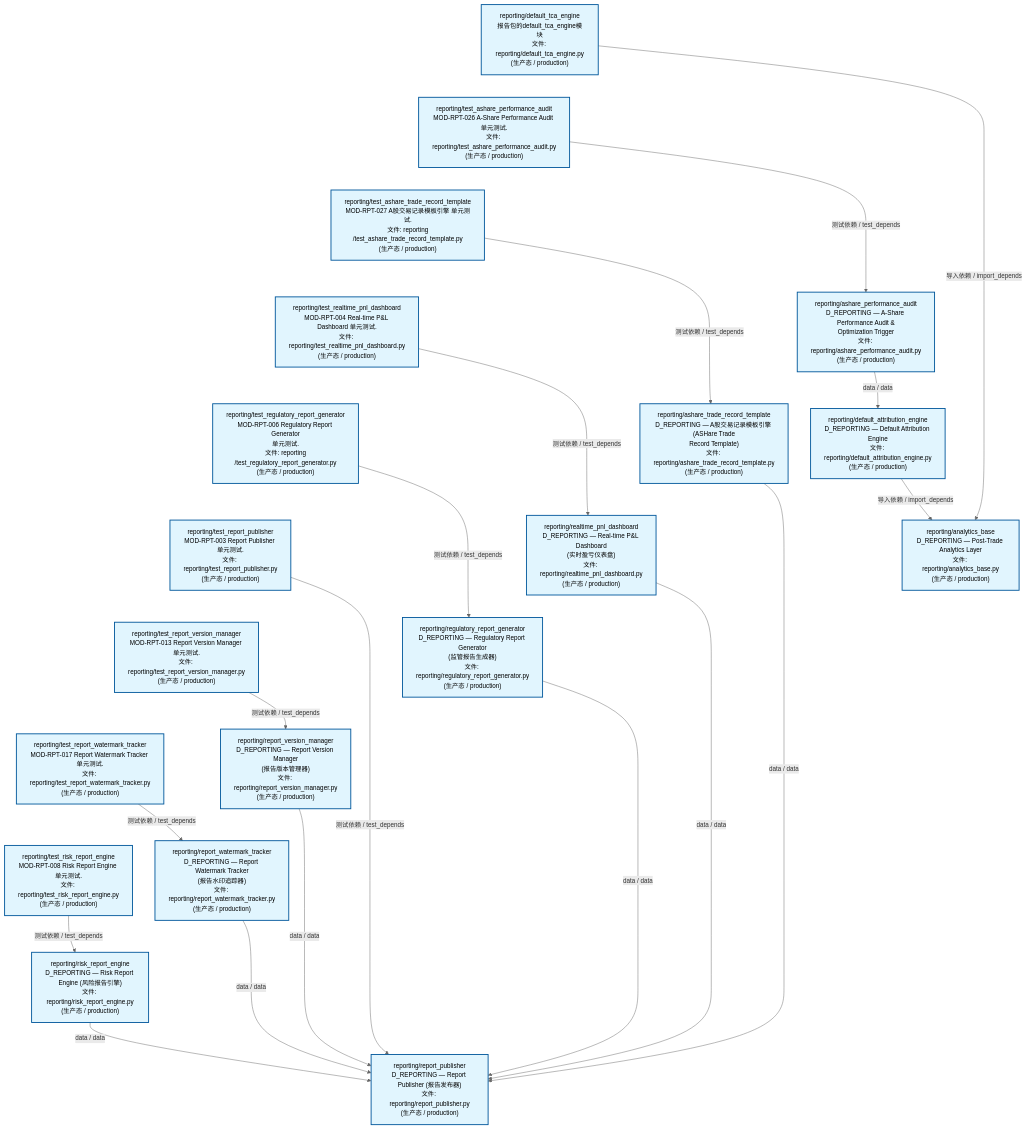
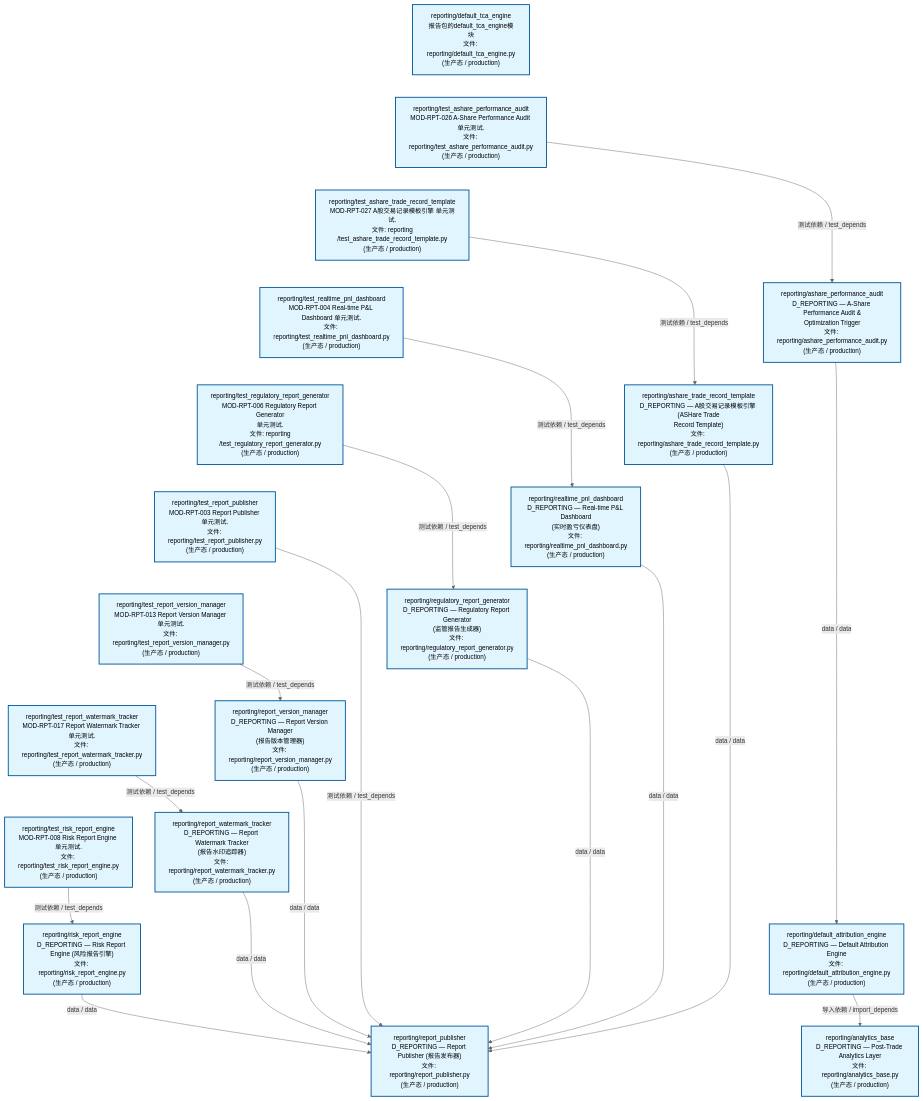
Before and after one commit to xuanFelixVan/ZephyrAlpha: the second of 4 diagrams in docs/02_enterprise_architecture/02_domain_architecture_docs/26_d_reporting.md, drawn with Mermaid. The commit also changed other lines of this file and 45 other files, not shown here.

````diff
--- a/docs/02_enterprise_architecture/02_domain_architecture_docs/26_d_reporting.md
+++ b/docs/02_enterprise_architecture/02_domain_architecture_docs/26_d_reporting.md
@@ -149,60 +148,59 @@
 ```mermaid
 %%{init: {'theme': 'base', 'themeVariables': {'primaryColor': '#eaeaea', 'primaryTextColor': '#333333', 'primaryBorderColor': '#666666', 'lineColor': '#666666', 'secondaryColor': '#eaeaea', 'tertiaryColor': '#eaeaea', 'fontSize': '14px'}}}%%
 flowchart TD
     src_zephyr_reporting_default_tca_engine_py["reporting/default_tca_engine<br/>报告包的default_tca_engine模块<br/>文件: reporting/default_tca_engine.py<br/>(生产态 / production)"]
     tests_reporting_test_ashare_performance_audit_py["reporting/test_ashare_performance_audit<br/>MOD-RPT-026 A-Share Performance Audit 单元测试.<br/>文件: reporting/test_ashare_performance_audit.py<br/>(生产态 / production)"]
     tests_reporting_test_ashare_trade_record_template_py["reporting/test_ashare_trade_record_template<br/>MOD-RPT-027 A股交易记录模板引擎 单元测试.<br/>文件: reporting<br/>/test_ashare_trade_record_template.py<br/>(生产态 / production)"]
     tests_reporting_test_realtime_pnl_dashboard_py["reporting/test_realtime_pnl_dashboard<br/>MOD-RPT-004 Real-time P&L Dashboard 单元测试.<br/>文件: reporting/test_realtime_pnl_dashboard.py<br/>(生产态 / production)"]
     tests_reporting_test_regulatory_report_generator_py["reporting/test_regulatory_report_generator<br/>MOD-RPT-006 Regulatory Report Generator<br/>单元测试.<br/>文件: reporting<br/>/test_regulatory_report_generator.py<br/>(生产态 / production)"]
     tests_reporting_test_report_publisher_py["reporting/test_report_publisher<br/>MOD-RPT-003 Report Publisher 单元测试.<br/>文件: reporting/test_report_publisher.py<br/>(生产态 / production)"]
     tests_reporting_test_report_version_manager_py["reporting/test_report_version_manager<br/>MOD-RPT-013 Report Version Manager 单元测试.<br/>文件: reporting/test_report_version_manager.py<br/>(生产态 / production)"]
     tests_reporting_test_report_watermark_tracker_py["reporting/test_report_watermark_tracker<br/>MOD-RPT-017 Report Watermark Tracker 单元测试.<br/>文件: reporting/test_report_watermark_tracker.py<br/>(生产态 / production)"]
     tests_reporting_test_risk_report_engine_py["reporting/test_risk_report_engine<br/>MOD-RPT-008 Risk Report Engine 单元测试.<br/>文件: reporting/test_risk_report_engine.py<br/>(生产态 / production)"]
     src_zephyr_reporting_default_tca_engine_py ~~~ tests_reporting_test_ashare_performance_audit_py
     tests_reporting_test_ashare_performance_audit_py ~~~ tests_reporting_test_ashare_trade_record_template_py
     tests_reporting_test_ashare_trade_record_template_py ~~~ tests_reporting_test_realtime_pnl_dashboard_py
     tests_reporting_test_realtime_pnl_dashboard_py ~~~ tests_reporting_test_regulatory_report_generator_py
     tests_reporting_test_regulatory_report_generator_py ~~~ tests_reporting_test_report_publisher_py
     tests_reporting_test_report_publisher_py ~~~ tests_reporting_test_report_version_manager_py
     tests_reporting_test_report_version_manager_py ~~~ tests_reporting_test_report_watermark_tracker_py
     tests_reporting_test_report_watermark_tracker_py ~~~ tests_reporting_test_risk_report_engine_py
     src_zephyr_reporting_ashare_performance_audit_py["reporting/ashare_performance_audit<br/>D_REPORTING — A-Share Performance Audit &<br/>Optimization Trigger<br/>文件: reporting/ashare_performance_audit.py<br/>(生产态 / production)"]
     src_zephyr_reporting_ashare_trade_record_template_py["reporting/ashare_trade_record_template<br/>D_REPORTING — A股交易记录模板引擎 (ASHare Trade<br/>Record Template)<br/>文件: reporting/ashare_trade_record_template.py<br/>(生产态 / production)"]
     src_zephyr_reporting_realtime_pnl_dashboard_py["reporting/realtime_pnl_dashboard<br/>D_REPORTING — Real-time P&L Dashboard<br/>(实时盈亏仪表盘)<br/>文件: reporting/realtime_pnl_dashboard.py<br/>(生产态 / production)"]
     src_zephyr_reporting_regulatory_report_generator_py["reporting/regulatory_report_generator<br/>D_REPORTING — Regulatory Report Generator<br/>(监管报告生成器)<br/>文件: reporting/regulatory_report_generator.py<br/>(生产态 / production)"]
     src_zephyr_reporting_report_version_manager_py["reporting/report_version_manager<br/>D_REPORTING — Report Version Manager<br/>(报告版本管理器)<br/>文件: reporting/report_version_manager.py<br/>(生产态 / production)"]
     src_zephyr_reporting_report_watermark_tracker_py["reporting/report_watermark_tracker<br/>D_REPORTING — Report Watermark Tracker<br/>(报告水印追踪器)<br/>文件: reporting/report_watermark_tracker.py<br/>(生产态 / production)"]
     src_zephyr_reporting_risk_report_engine_py["reporting/risk_report_engine<br/>D_REPORTING — Risk Report Engine (风险报告引擎)<br/>文件: reporting/risk_report_engine.py<br/>(生产态 / production)"]
     src_zephyr_reporting_ashare_performance_audit_py ~~~ src_zephyr_reporting_ashare_trade_record_template_py
     src_zephyr_reporting_ashare_trade_record_template_py ~~~ src_zephyr_reporting_realtime_pnl_dashboard_py
     src_zephyr_reporting_realtime_pnl_dashboard_py ~~~ src_zephyr_reporting_regulatory_report_generator_py
     src_zephyr_reporting_regulatory_report_generator_py ~~~ src_zephyr_reporting_report_version_manager_py
     src_zephyr_reporting_report_version_manager_py ~~~ src_zephyr_reporting_report_watermark_tracker_py
     src_zephyr_reporting_report_watermark_tracker_py ~~~ src_zephyr_reporting_risk_report_engine_py
     src_zephyr_reporting_default_attribution_engine_py["reporting/default_attribution_engine<br/>D_REPORTING — Default Attribution Engine<br/>文件: reporting/default_attribution_engine.py<br/>(生产态 / production)"]
     src_zephyr_reporting_report_publisher_py["reporting/report_publisher<br/>D_REPORTING — Report Publisher (报告发布器)<br/>文件: reporting/report_publisher.py<br/>(生产态 / production)"]
     src_zephyr_reporting_default_attribution_engine_py ~~~ src_zephyr_reporting_report_publisher_py
     src_zephyr_reporting_analytics_base_py["reporting/analytics_base<br/>D_REPORTING — Post-Trade Analytics Layer<br/>文件: reporting/analytics_base.py<br/>(生产态 / production)"]
+    src_zephyr_reporting_default_attribution_engine_py -->|导入依赖 / import_depends| src_zephyr_reporting_analytics_base_py
     src_zephyr_reporting_ashare_trade_record_template_py -->|data / data| src_zephyr_reporting_report_publisher_py
     src_zephyr_reporting_ashare_performance_audit_py -->|data / data| src_zephyr_reporting_default_attribution_engine_py
-    src_zephyr_reporting_default_tca_engine_py -->|导入依赖 / import_depends| src_zephyr_reporting_analytics_base_py
-    src_zephyr_reporting_default_attribution_engine_py -->|导入依赖 / import_depends| src_zephyr_reporting_analytics_base_py
+    src_zephyr_reporting_regulatory_report_generator_py -->|data / data| src_zephyr_reporting_report_publisher_py
     src_zephyr_reporting_realtime_pnl_dashboard_py -->|data / data| src_zephyr_reporting_report_publisher_py
-    src_zephyr_reporting_regulatory_report_generator_py -->|data / data| src_zephyr_reporting_report_publisher_py
-    src_zephyr_reporting_risk_report_engine_py -->|data / data| src_zephyr_reporting_report_publisher_py
     src_zephyr_reporting_report_version_manager_py -->|data / data| src_zephyr_reporting_report_publisher_py
     src_zephyr_reporting_report_watermark_tracker_py -->|data / data| src_zephyr_reporting_report_publisher_py
+    src_zephyr_reporting_risk_report_engine_py -->|data / data| src_zephyr_reporting_report_publisher_py
     tests_reporting_test_ashare_trade_record_template_py -->|测试依赖 / test_depends| src_zephyr_reporting_ashare_trade_record_template_py
+    tests_reporting_test_ashare_performance_audit_py -->|测试依赖 / test_depends| src_zephyr_reporting_ashare_performance_audit_py
+    tests_reporting_test_regulatory_report_generator_py -->|测试依赖 / test_depends| src_zephyr_reporting_regulatory_report_generator_py
+    tests_reporting_test_realtime_pnl_dashboard_py -->|测试依赖 / test_depends| src_zephyr_reporting_realtime_pnl_dashboard_py
+    tests_reporting_test_report_publisher_py -->|测试依赖 / test_depends| src_zephyr_reporting_report_publisher_py
     tests_reporting_test_report_version_manager_py -->|测试依赖 / test_depends| src_zephyr_reporting_report_version_manager_py
-    tests_reporting_test_regulatory_report_generator_py -->|测试依赖 / test_depends| src_zephyr_reporting_regulatory_report_generator_py
-    tests_reporting_test_ashare_performance_audit_py -->|测试依赖 / test_depends| src_zephyr_reporting_ashare_performance_audit_py
-    tests_reporting_test_realtime_pnl_dashboard_py -->|测试依赖 / test_depends| src_zephyr_reporting_realtime_pnl_dashboard_py
     tests_reporting_test_report_watermark_tracker_py -->|测试依赖 / test_depends| src_zephyr_reporting_report_watermark_tracker_py
     tests_reporting_test_risk_report_engine_py -->|测试依赖 / test_depends| src_zephyr_reporting_risk_report_engine_py
-    tests_reporting_test_report_publisher_py -->|测试依赖 / test_depends| src_zephyr_reporting_report_publisher_py
     classDef production fill:#e1f5fe,stroke:#01579b,stroke-width:2px,color:#000
     classDef design fill:#fff3e0,stroke:#e65100,stroke-width:2px,color:#000,stroke-dasharray: 5 5
     classDef external_prod fill:#e8f4fd,stroke:#0277bd,stroke-width:1px,color:#000
     classDef external_design fill:#fff8e7,stroke:#ef6c00,stroke-width:1px,color:#000,stroke-dasharray: 5 5
     class src_zephyr_reporting_analytics_base_py,src_zephyr_reporting_ashare_performance_audit_py,src_zephyr_reporting_ashare_trade_record_template_py,src_zephyr_reporting_default_attribution_engine_py,src_zephyr_reporting_default_tca_engine_py,src_zephyr_reporting_realtime_pnl_dashboard_py,src_zephyr_reporting_regulatory_report_generator_py,src_zephyr_reporting_report_publisher_py,src_zephyr_reporting_report_version_manager_py,src_zephyr_reporting_report_watermark_tracker_py,src_zephyr_reporting_risk_report_engine_py,tests_reporting_test_ashare_performance_audit_py,tests_reporting_test_ashare_trade_record_template_py,tests_reporting_test_realtime_pnl_dashboard_py,tests_reporting_test_regulatory_report_generator_py,tests_reporting_test_report_publisher_py,tests_reporting_test_report_version_manager_py,tests_reporting_test_report_watermark_tracker_py,tests_reporting_test_risk_report_engine_py production
 ```
````
